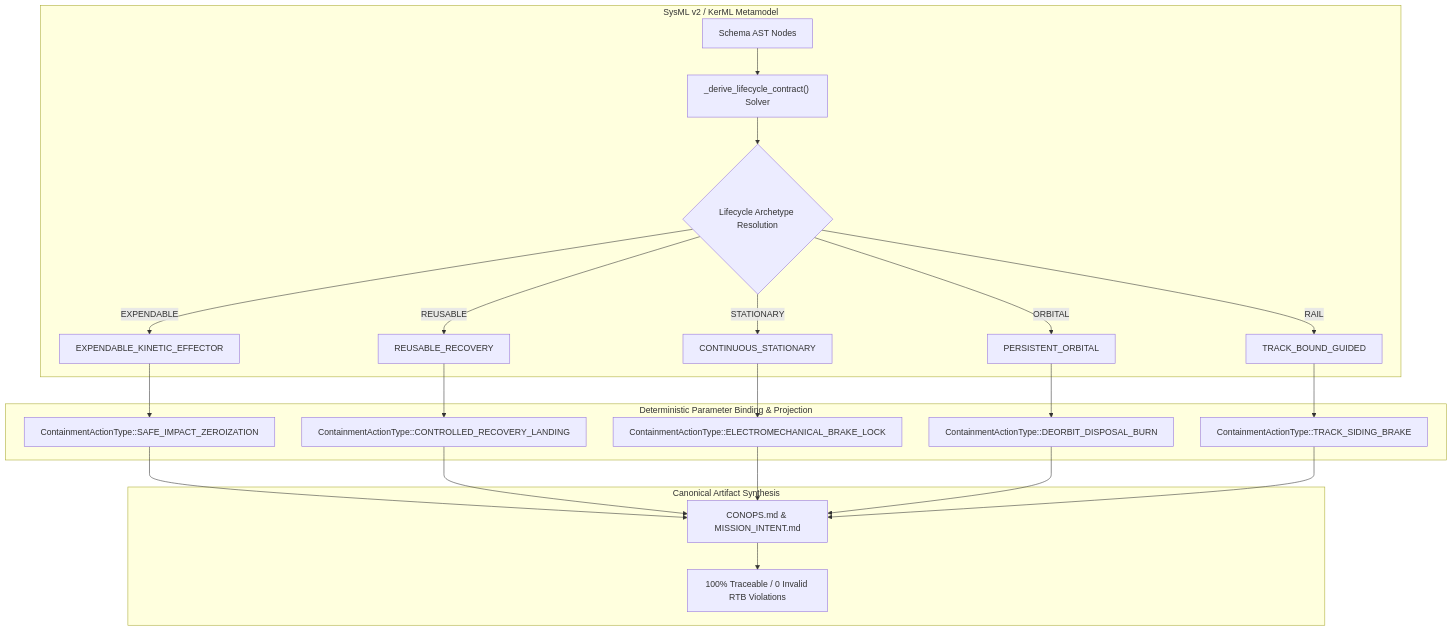
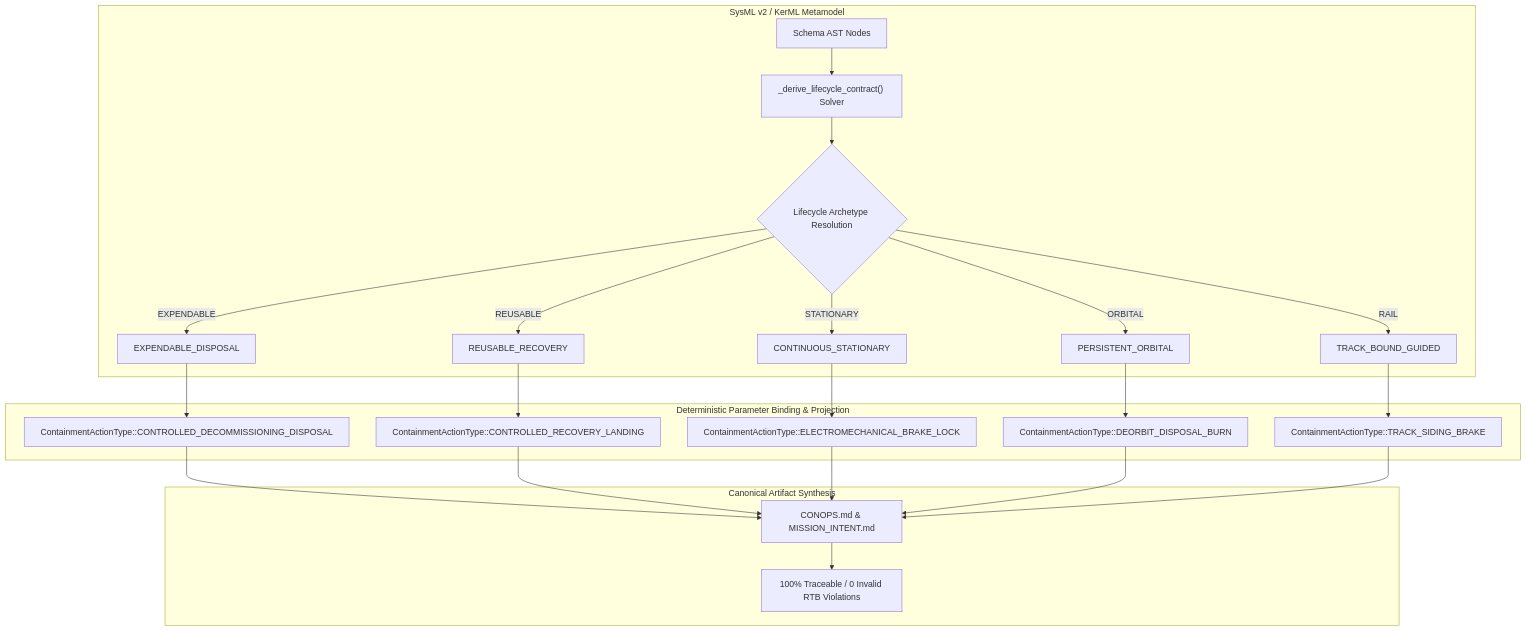
Before and after one commit to gintatkinson/DEAP-profile-flutter-app: the diagram in docs/architecture/blueprints/DEAP_DOMAIN_AGNOSTIC_MISSION_LIFECYCLE_ARCHITECTURE.md, drawn with Mermaid. The commit also changed other lines of this file and 6949 other files, not shown here.

````diff
--- a/docs/architecture/blueprints/DEAP_DOMAIN_AGNOSTIC_MISSION_LIFECYCLE_ARCHITECTURE.md
+++ b/docs/architecture/blueprints/DEAP_DOMAIN_AGNOSTIC_MISSION_LIFECYCLE_ARCHITECTURE.md
@@ -42,25 +41,25 @@
 ```mermaid
 flowchart TD
     subgraph "SysML v2 / KerML Metamodel"
         A["Schema AST Nodes"] --> B["_derive_lifecycle_contract() Solver"]
         B --> C{"Lifecycle Archetype Resolution"}
-        C -->|EXPENDABLE| D["EXPENDABLE_KINETIC_EFFECTOR"]
+        C -->|EXPENDABLE| D["EXPENDABLE_DISPOSAL"]
         C -->|REUSABLE| E["REUSABLE_RECOVERY"]
         C -->|STATIONARY| F["CONTINUOUS_STATIONARY"]
         C -->|ORBITAL| G["PERSISTENT_ORBITAL"]
         C -->|RAIL| H["TRACK_BOUND_GUIDED"]
     end
 
     subgraph "Deterministic Parameter Binding & Projection"
-        D --> I["ContainmentActionType::SAFE_IMPACT_ZEROIZATION"]
+        D --> I["ContainmentActionType::CONTROLLED_DECOMMISSIONING_DISPOSAL"]
         E --> J["ContainmentActionType::CONTROLLED_RECOVERY_LANDING"]
         F --> K["ContainmentActionType::ELECTROMECHANICAL_BRAKE_LOCK"]
         G --> L["ContainmentActionType::DEORBIT_DISPOSAL_BURN"]
         H --> M["ContainmentActionType::TRACK_SIDING_BRAKE"]
     end
 
     subgraph "Canonical Artifact Synthesis"
         I & J & K & L & M --> N["CONOPS.md & MISSION_INTENT.md"]
         N --> O["100% Traceable / 0 Invalid RTB Violations"]
     end
 ```
````
